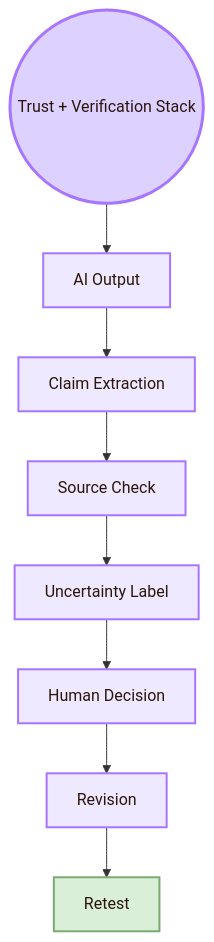
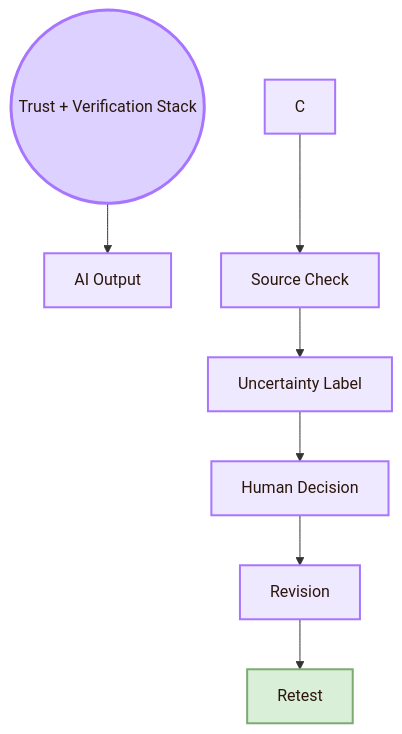
The eighth of 13 diagrams in 01_Core_Area_HCI/001_Subareas/05_Human_AI_Interaction/Overview.md (andreitegzes06-ui/CogniShire), drawn with Mermaid before and after one commit. The commit also changed other lines of this file and 131 other files, not shown here.

````diff
--- a/01_Core_Area_HCI/001_Subareas/05_Human_AI_Interaction/Overview.md
+++ b/01_Core_Area_HCI/001_Subareas/05_Human_AI_Interaction/Overview.md
@@ -330,20 +318,19 @@
 ```mermaid
 flowchart TB
     A((Trust + Verification Stack))
 
     A --> B[AI Output]
-    B --> C[Claim Extraction]
     C --> D[Source Check]
     D --> E[Uncertainty Label]
     E --> F[Human Decision]
     F --> G[Revision]
     G --> H[Retest]
 
     classDef center fill:#ddd2ff,stroke:#a875ff,color:#2b160b,stroke-width:3px;
     classDef node fill:#eee9ff,stroke:#a875ff,color:#2b160b,stroke-width:2px;
     classDef final fill:#d9efd7,stroke:#7cab72,color:#2b160b,stroke-width:2px;
 
     class A center;
     class B,C,D,E,F,G node;
     class H final;
 ```
````
